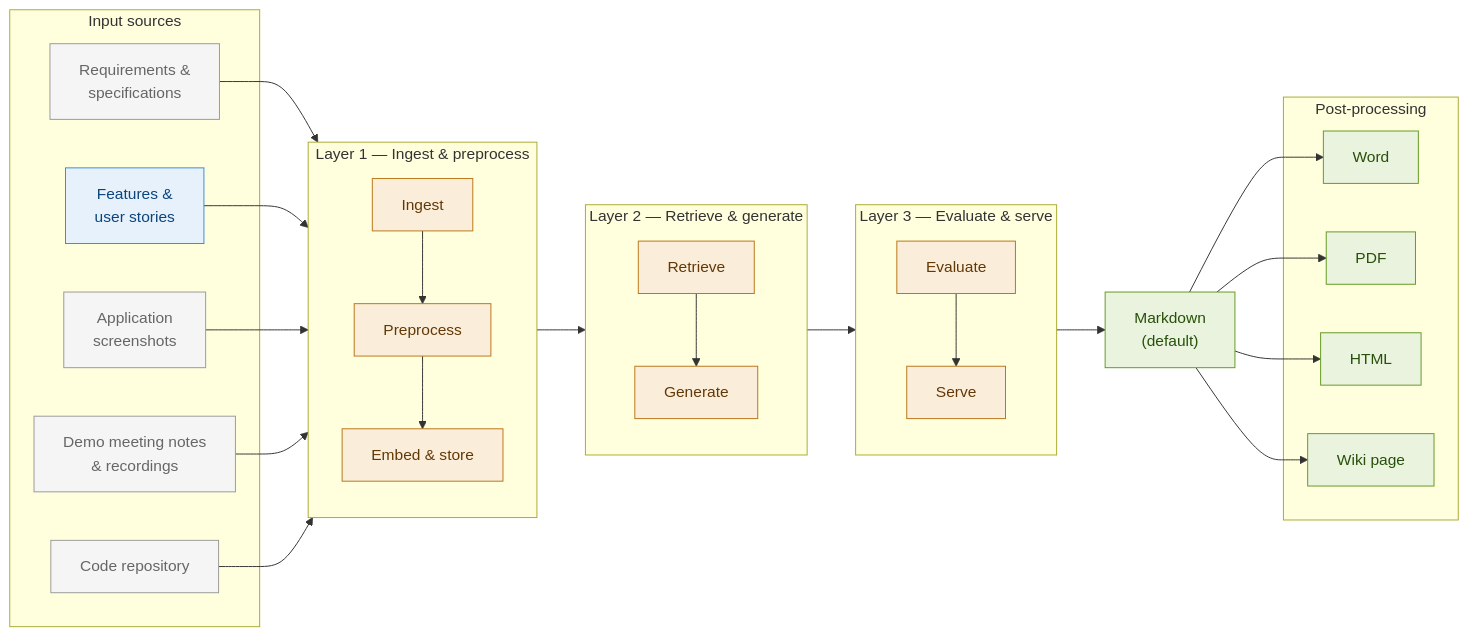
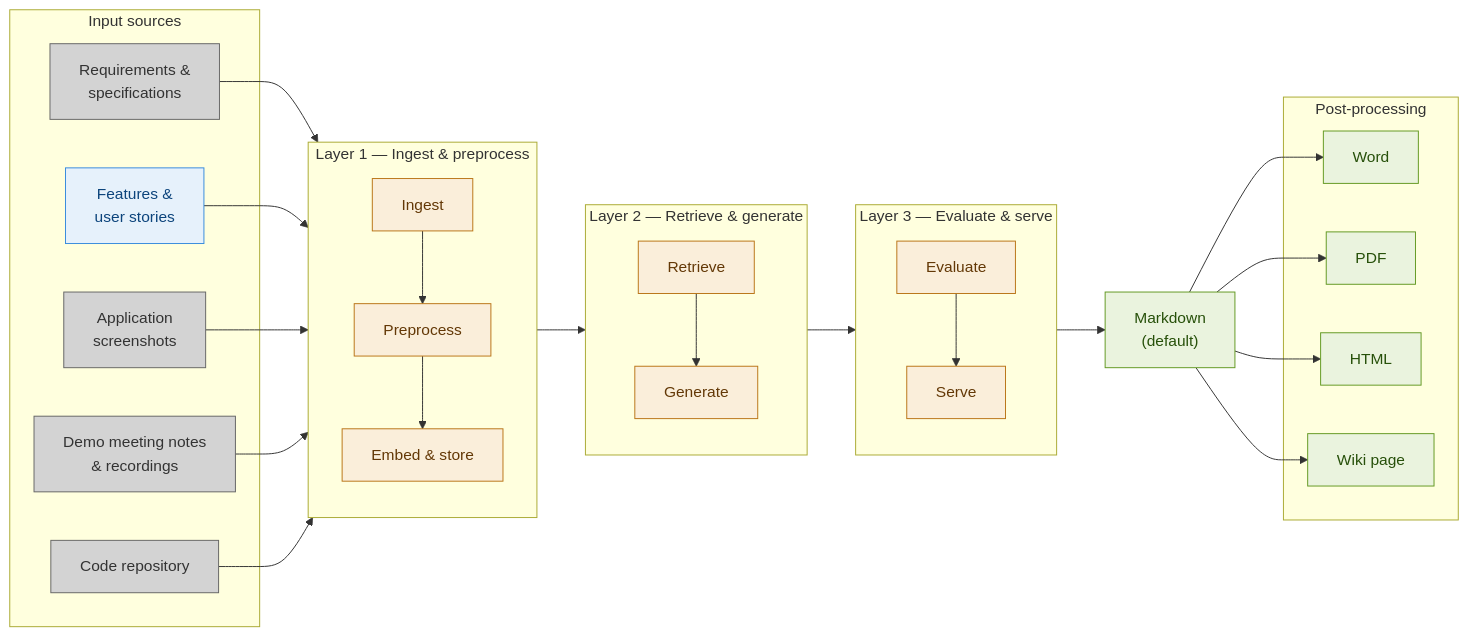
The diagram in docs/ARCHITECTURE.md (fvreys/ai-Functional-guide-generator), drawn with Mermaid before and after one commit. The commit also changed other lines of this file and 2 other files, not shown here.

````diff
--- a/docs/ARCHITECTURE.md
+++ b/docs/ARCHITECTURE.md
@@ -7,45 +7,45 @@
 ```mermaid
 flowchart LR
   subgraph SRC["Input sources"]
-    I1["Requirements &\nspecifications"]:::grey
-    I2["Features &\nuser stories"]:::blue
-    I3["Application\nscreenshots"]:::grey
-    I4["Demo meeting notes\n& recordings"]:::grey
-    I5["Code repository"]:::grey
+    I1["Requirements &<br/>specifications"]:::darkgrey
+    I2["Features &<br/>user stories"]:::blue
+    I3["Application<br/>screenshots"]:::darkgrey
+    I4["Demo meeting notes<br/>& recordings"]:::darkgrey
+    I5["Code repository"]:::darkgrey
   end
 
   subgraph L1["Layer 1 — Ingest & preprocess"]
     direction TB
     A1[Ingest]:::amber --> A2[Preprocess]:::amber --> A3[Embed & store]:::amber
   end
 
   subgraph L2["Layer 2 — Retrieve & generate"]
     direction TB
     B1[Retrieve]:::amber --> B2[Generate]:::amber
   end
 
   subgraph L3["Layer 3 — Evaluate & serve"]
     direction TB
     C1[Evaluate]:::amber --> C2[Serve]:::amber
   end
 
-  MD["Markdown\n(default)"]:::green
+  MD["Markdown<br/>(default)"]:::green
 
   subgraph POST["Post-processing"]
     P1[Word]:::green
     P2[PDF]:::green
     P3[HTML]:::green
     P4[Wiki page]:::green
   end
 
   I1 & I2 & I3 & I4 & I5 --> L1
   L1 --> L2
   L2 --> L3
   L3 --> MD
   MD --> P1 & P2 & P3 & P4
 
   classDef blue  fill:#E6F1FB,stroke:#378ADD,color:#0C447C
-  classDef grey  fill:#F5F5F5,stroke:#999999,color:#666666
+  classDef darkgrey fill:#D3D3D3,stroke:#666666,color:#333333
   classDef amber fill:#FAEEDA,stroke:#BA7517,color:#633806
   classDef green fill:#EAF3DE,stroke:#639922,color:#27500A
 ```
````
